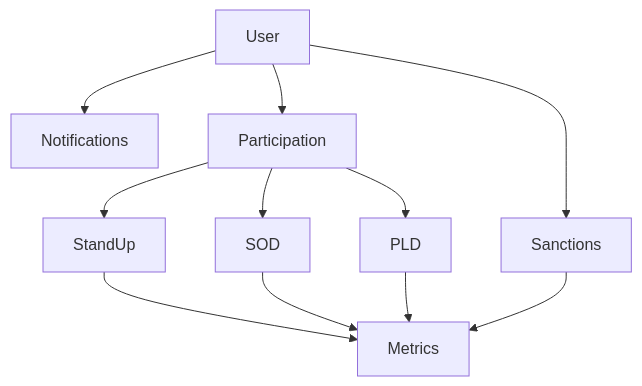
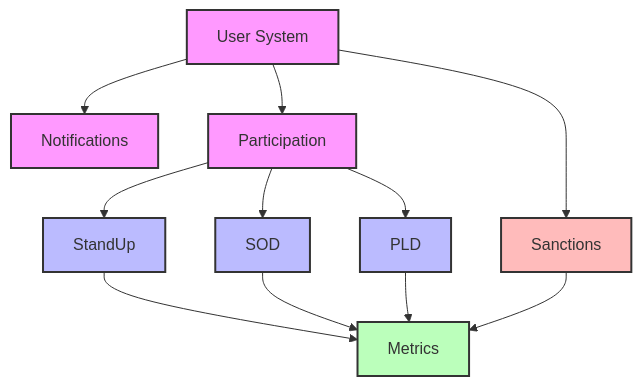
The diagram in docs/uml/global.mmd (Noziop/holberton_rituals), drawn with Mermaid before and after one commit. The commit also changed 8 other files, not shown here.

First line of the commit message:
feat(uml): enhance all diagrams with detailed specifications

```diff
--- a/docs/uml/global.mmd
+++ b/docs/uml/global.mmd
@@ -1,11 +1,27 @@
 graph TD
-    U[User] --> N[Notifications]
+    %% Core Systems
+    U[User System] --> N[Notifications]
     U --> P[Participation]
     U --> S[Sanctions]
+
+    %% Rituals
     P --> R1[StandUp]
     P --> R2[SOD]
     P --> R3[PLD]
+
+    %% Metrics Flow
     R1 --> M[Metrics]
     R2 --> M
     R3 --> M
     S --> M
+
+    %% Style
+    classDef core fill:#f9f,stroke:#333,stroke-width:2px
+    classDef ritual fill:#bbf,stroke:#333,stroke-width:2px
+    classDef metrics fill:#bfb,stroke:#333,stroke-width:2px
+    classDef sanction fill:#fbb,stroke:#333,stroke-width:2px
+
+    class U,N,P core
+    class R1,R2,R3 ritual
+    class M metrics
+    class S sanction
```
